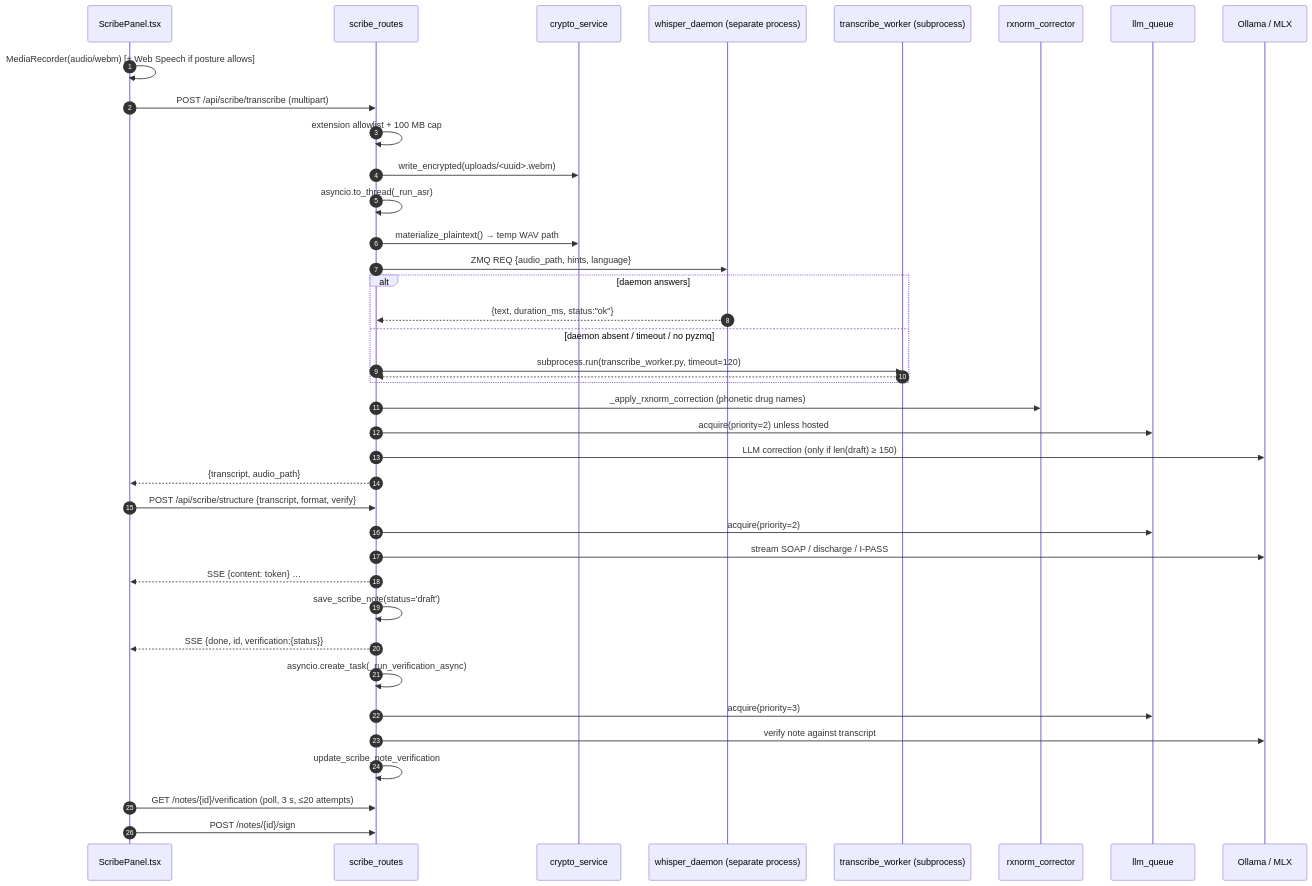
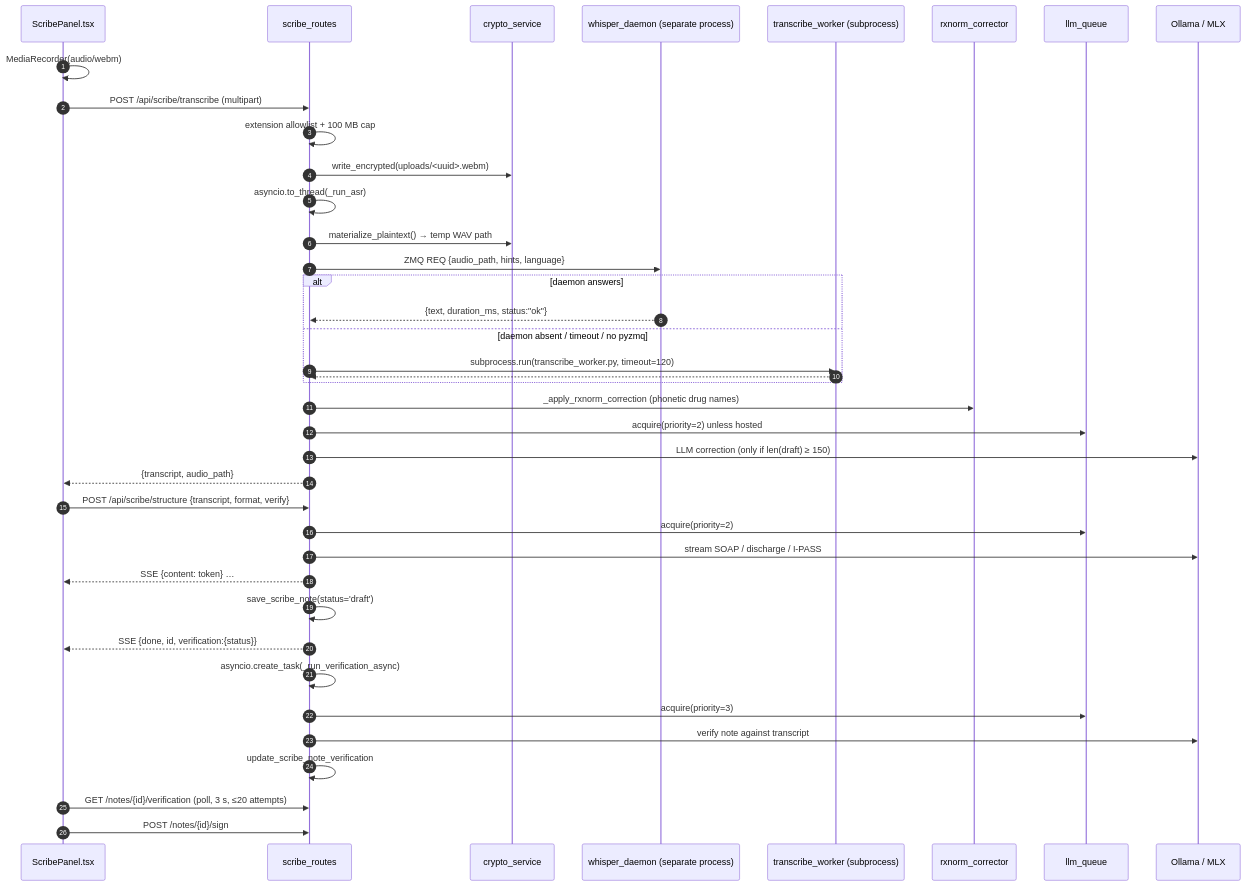
One commit to samuelmorningstar23/Orb changed the first of 2 diagrams in docs/manual/07-scribe-voice-and-transcription.md. Above: the diagram before and after it, drawn with Mermaid. The commit also changed other lines of this file and 125 other files, not shown here.

````diff
--- a/docs/manual/07-scribe-voice-and-transcription.md
+++ b/docs/manual/07-scribe-voice-and-transcription.md
@@ -136,43 +139,43 @@
 ```mermaid
 sequenceDiagram
     autonumber
     participant UI as ScribePanel.tsx
     participant R as scribe_routes
     participant C as crypto_service
     participant D as whisper_daemon (separate process)
     participant W as transcribe_worker (subprocess)
     participant X as rxnorm_corrector
     participant Q as llm_queue
     participant O as Ollama / MLX
 
-    UI->>UI: MediaRecorder(audio/webm) [+ Web Speech if posture allows]
+    UI->>UI: MediaRecorder(audio/webm)
     UI->>R: POST /api/scribe/transcribe (multipart)
     R->>R: extension allowlist + 100 MB cap
     R->>C: write_encrypted(uploads/<uuid>.webm)
     R->>R: asyncio.to_thread(_run_asr)
     R->>C: materialize_plaintext() → temp WAV path
     R->>D: ZMQ REQ {audio_path, hints, language}
     alt daemon answers
         D-->>R: {text, duration_ms, status:"ok"}
     else daemon absent / timeout / no pyzmq
         R->>W: subprocess.run(transcribe_worker.py, timeout=120)
         W-->>R: ###RESULT###{"text": …}###RESULT###
     end
     R->>X: _apply_rxnorm_correction (phonetic drug names)
     R->>Q: acquire(priority=2) unless hosted
     R->>O: LLM correction (only if len(draft) ≥ 150)
     R-->>UI: {transcript, audio_path}
 
     UI->>R: POST /api/scribe/structure {transcript, format, verify}
     R->>Q: acquire(priority=2)
     R->>O: stream SOAP / discharge / I-PASS
     R-->>UI: SSE {content: token} …
     R->>R: save_scribe_note(status='draft')
     R-->>UI: SSE {done, id, verification:{status}}
     R->>R: asyncio.create_task(_run_verification_async)
     R->>Q: acquire(priority=3)
     R->>O: verify note against transcript
     R->>R: update_scribe_note_verification
     UI->>R: GET /notes/{id}/verification (poll, 3 s, ≤20 attempts)
     UI->>R: POST /notes/{id}/sign
 ```
````
